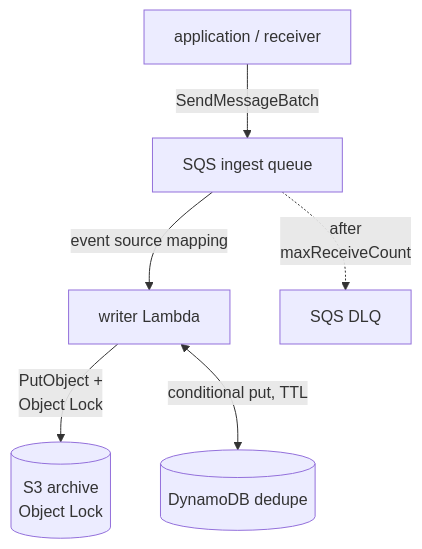
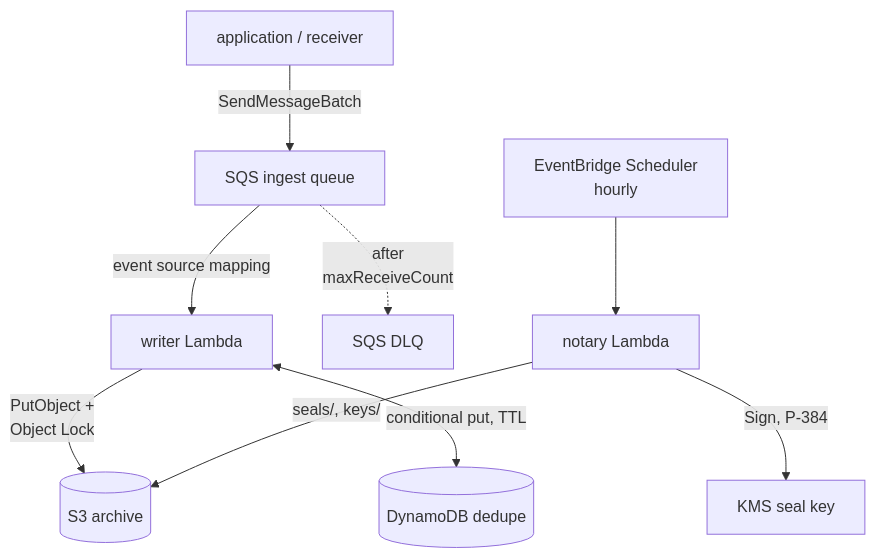
Before and after one commit to truvity/sluis: the diagram in docs/concepts/audit/aws-lambda.md, drawn with Mermaid. The commit also changed other lines of this file and 61 other files, not shown here.

````diff
--- a/docs/concepts/audit/aws-lambda.md
+++ b/docs/concepts/audit/aws-lambda.md
@@ -20,8 +9,11 @@
 ```mermaid
 flowchart TB
   app["application / receiver"] -->|"SendMessageBatch"| q["SQS ingest queue"]
   q -->|"event source mapping"| w["writer Lambda"]
   q -. "after<br/>maxReceiveCount" .-> dlq["SQS DLQ"]
-  w -->|"PutObject +<br/>Object Lock"| b[("S3 archive<br/>Object Lock")]
+  w -->|"PutObject +<br/>Object Lock"| b[("S3 archive")]
   w <-->|"conditional put, TTL"| d[("DynamoDB dedupe")]
+  sch["EventBridge Scheduler<br/>hourly"] --> n["notary Lambda"]
+  n -->|"seals/, keys/"| b
+  n -->|"Sign, P-384"| k["KMS seal key"]
 ```
````
